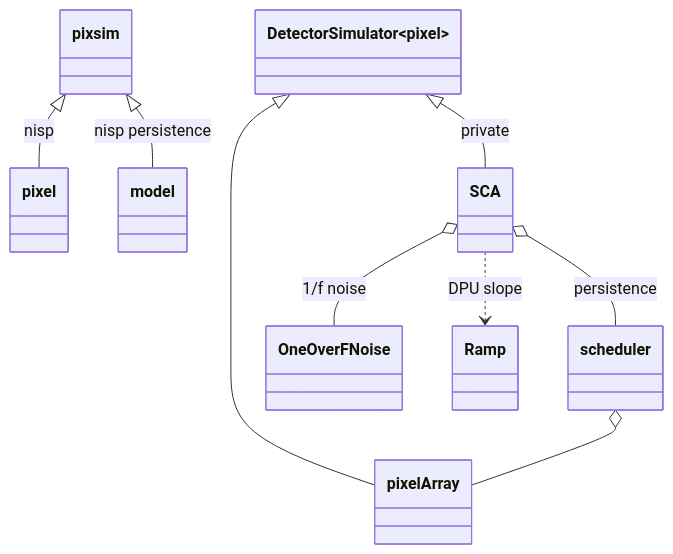
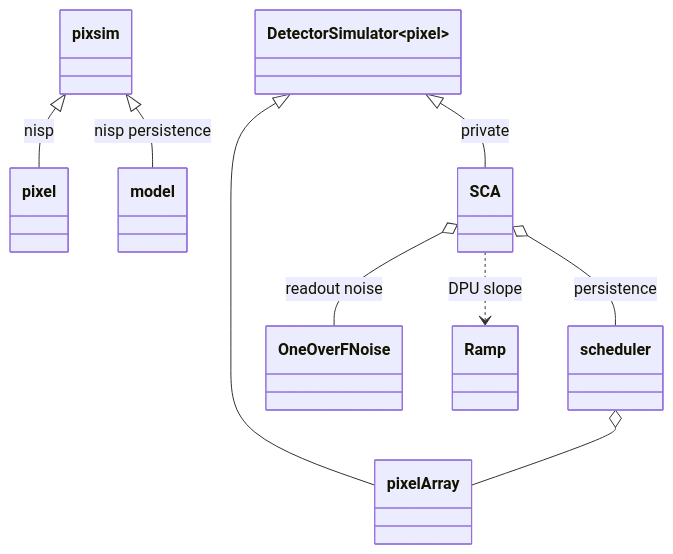
The first of 3 diagrams in wiki/NISP-example.md (Pulsar2011/phot2pix), drawn with Mermaid before and after one commit. The commit also changed other lines of this file and 10 other files, not shown here.

````diff
--- a/wiki/NISP-example.md
+++ b/wiki/NISP-example.md
@@ -28,11 +28,11 @@
 ```mermaid
 classDiagram
     pixsim <|-- pixel : nisp
     pixsim <|-- model : nisp persistence
     DetectorSimulator~pixel~ <|-- SCA : private
     DetectorSimulator~model~ <|-- pixelArray
     SCA o-- scheduler : persistence
     scheduler o-- pixelArray
-    SCA o-- OneOverFNoise : 1/f noise
+    SCA o-- OneOverFNoise : readout noise
     SCA ..> Ramp : DPU slope
 ```
````
